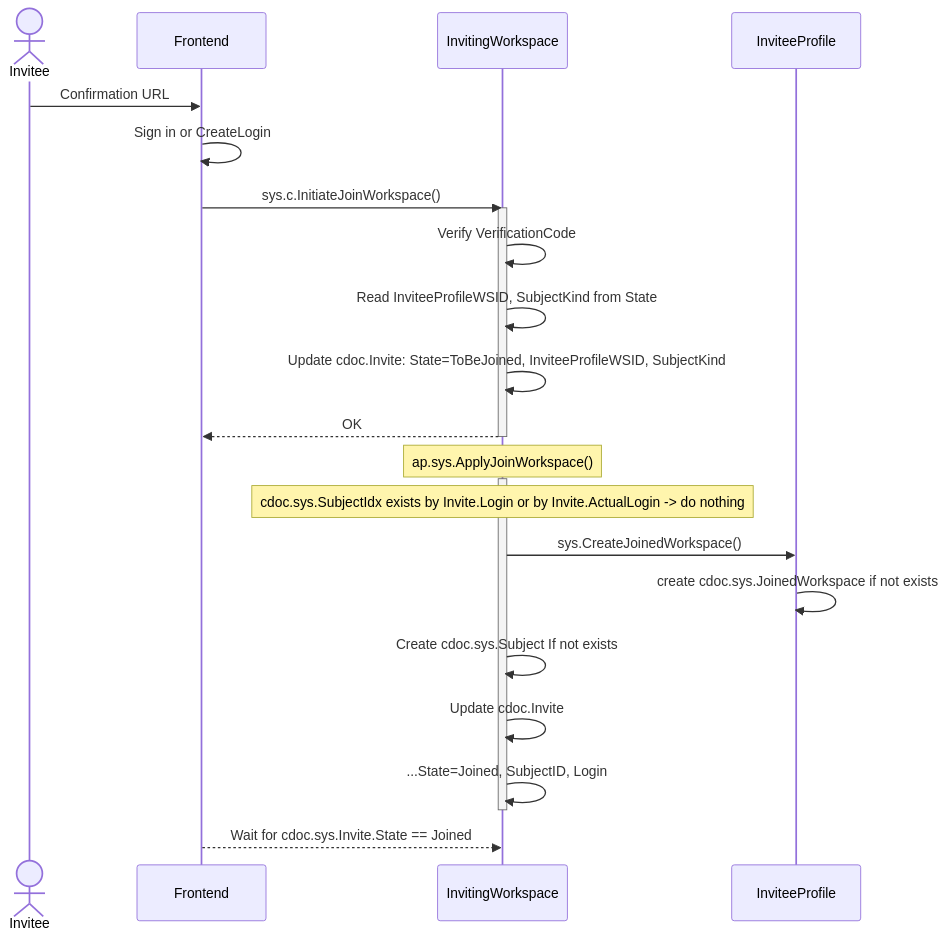
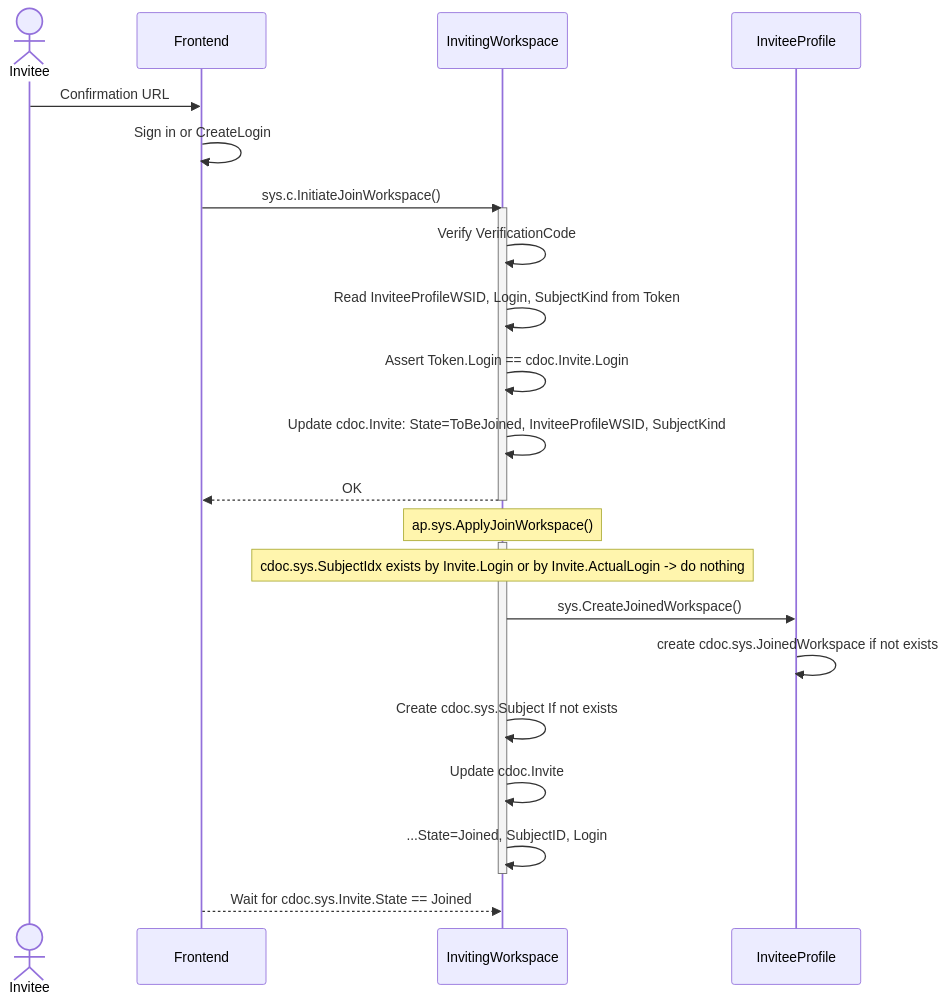
The fifth of 9 diagrams in server/workspaces/invites.md (voedger/voedger-internals), drawn with Mermaid before and after one commit.

````diff
--- a/server/workspaces/invites.md
+++ b/server/workspaces/invites.md
@@ -200,34 +200,35 @@
 ```mermaid
     sequenceDiagram
 
     actor Invitee
     participant front as Frontend
     participant workspace as InvitingWorkspace
     participant profilews as InviteeProfile
 
     Invitee ->> front: Confirmation URL
     front ->> front: Sign in or CreateLogin
 
     front ->> workspace: sys.c.InitiateJoinWorkspace()
     activate workspace
         workspace ->> workspace: Verify VerificationCode
-        workspace ->> workspace: Read InviteeProfileWSID, SubjectKind from State
+        workspace ->> workspace: Read InviteeProfileWSID, Login, SubjectKind from Token
+        workspace ->> workspace: Assert Token.Login == cdoc.Invite.Login
         workspace ->> workspace: Update cdoc.Invite: State=ToBeJoined, InviteeProfileWSID, SubjectKind
         workspace -->> front: OK
     deactivate workspace
 
     note over workspace: ap.sys.ApplyJoinWorkspace()
     activate workspace
         note over workspace: cdoc.sys.SubjectIdx exists by Invite.Login or by Invite.ActualLogin -> do nothing
         workspace ->> profilews: sys.CreateJoinedWorkspace()
         profilews ->> profilews: create cdoc.sys.JoinedWorkspace if not exists
 
         workspace ->> workspace: Create cdoc.sys.Subject If not exists
         workspace ->> workspace: Update cdoc.Invite
         workspace ->> workspace: ...State=Joined, SubjectID, Login
 
     deactivate workspace
 
     front -->> workspace: Wait for  cdoc.sys.Invite.State == Joined
 
 ```
````
